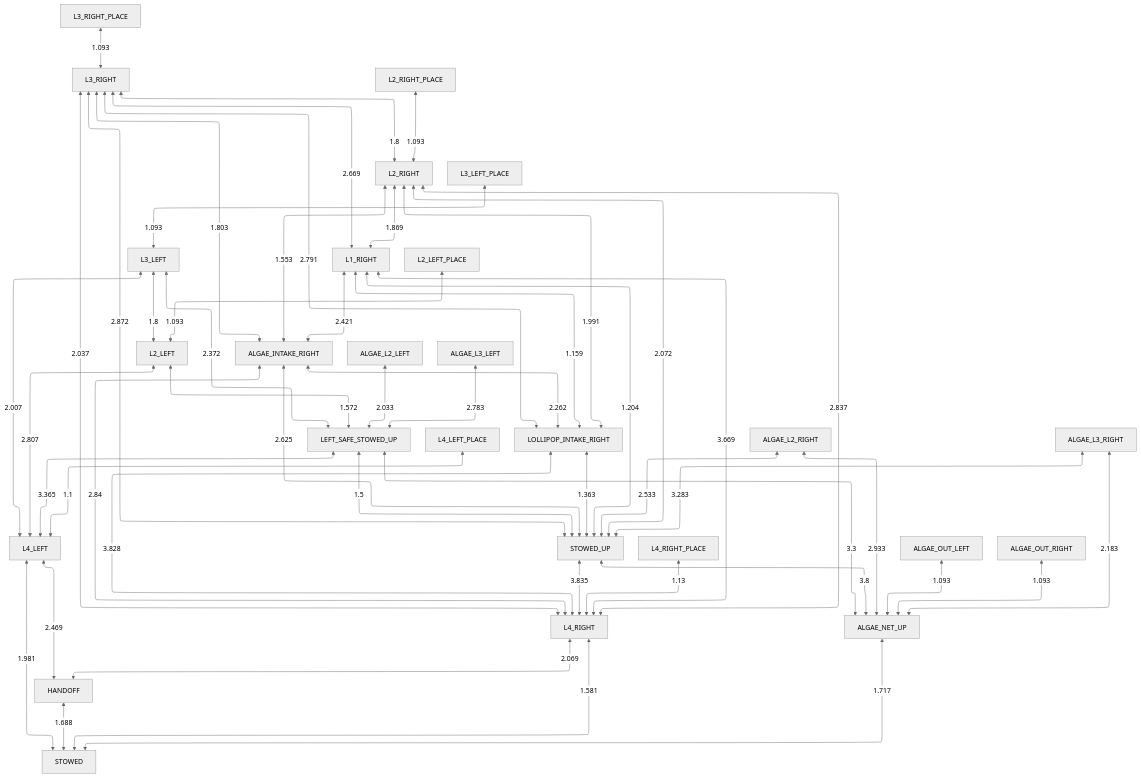
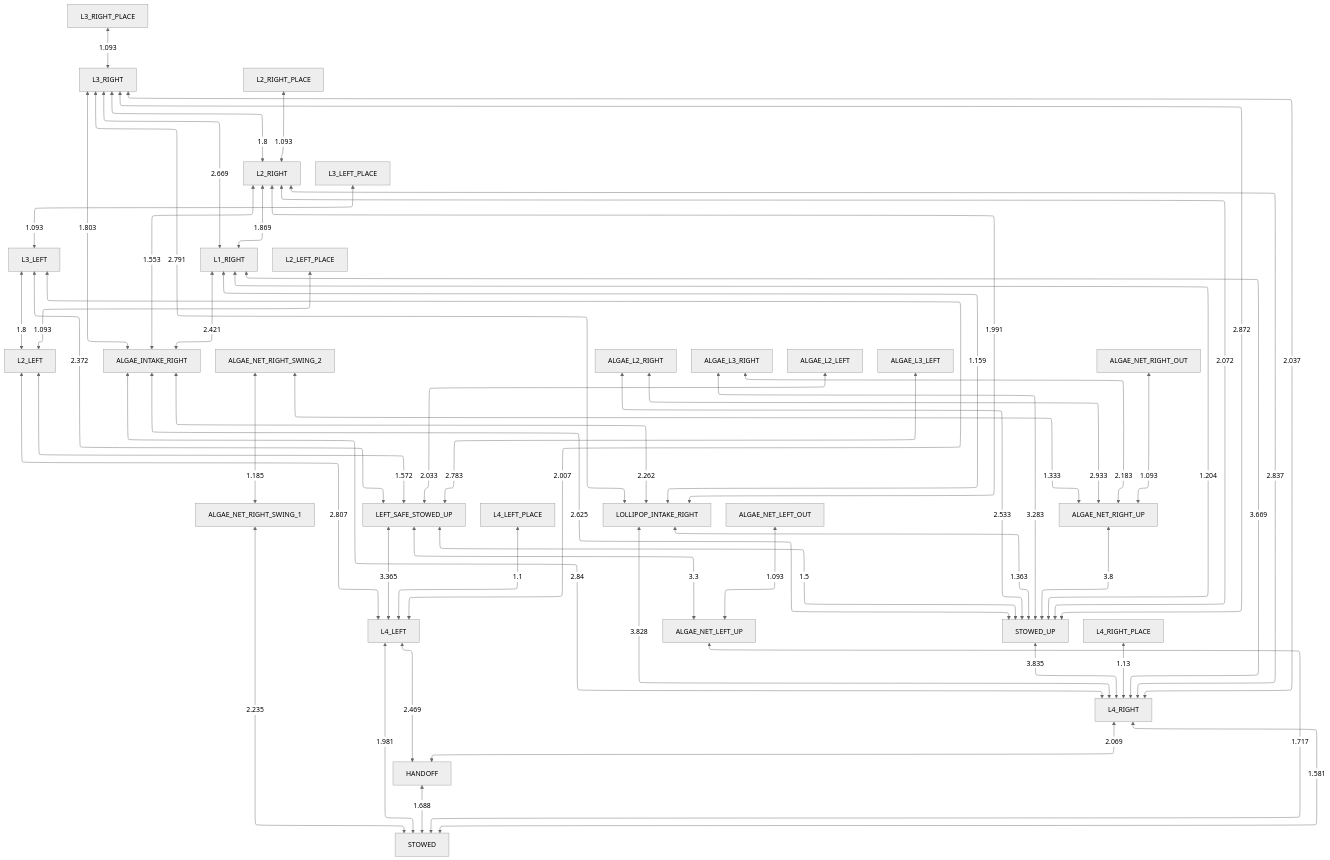
One commit to team581/2025-beta changed the diagram in docs/collision_avoidance/no_obstruction.md. Above: the diagram before and after it, drawn with Mermaid (neutral theme). The commit also changed 4 other files, not shown here.

````diff
--- a/docs/collision_avoidance/no_obstruction.md
+++ b/docs/collision_avoidance/no_obstruction.md
@@ -3,55 +3,58 @@
 ```mermaid
 %%{ init: { "flowchart": { "defaultRenderer": "elk" } } }%%
 graph TD
 
 HANDOFF <-- 1.688 --> STOWED
 L4_LEFT <-- 1.981 --> STOWED
 L4_RIGHT <-- 1.581 --> STOWED
-ALGAE_NET_UP <-- 1.717 --> STOWED
+ALGAE_NET_LEFT_UP <-- 1.717 --> STOWED
+ALGAE_NET_RIGHT_SWING_1 <-- 2.235 --> STOWED
 L4_LEFT <-- 2.469 --> HANDOFF
 L4_RIGHT <-- 2.069 --> HANDOFF
 LEFT_SAFE_STOWED_UP <-- 3.365 --> L4_LEFT
 L2_LEFT <-- 2.807 --> L4_LEFT
 L3_LEFT <-- 2.007 --> L4_LEFT
 L4_LEFT_PLACE <-- 1.1 --> L4_LEFT
 STOWED_UP <-- 3.835 --> L4_RIGHT
 ALGAE_INTAKE_RIGHT <-- 2.84 --> L4_RIGHT
 LOLLIPOP_INTAKE_RIGHT <-- 3.828 --> L4_RIGHT
 L1_RIGHT <-- 3.669 --> L4_RIGHT
 L2_RIGHT <-- 2.837 --> L4_RIGHT
 L3_RIGHT <-- 2.037 --> L4_RIGHT
 L4_RIGHT_PLACE <-- 1.13 --> L4_RIGHT
-LEFT_SAFE_STOWED_UP <-- 3.3 --> ALGAE_NET_UP
-STOWED_UP <-- 3.8 --> ALGAE_NET_UP
-ALGAE_OUT_LEFT <-- 1.093 --> ALGAE_NET_UP
-ALGAE_OUT_RIGHT <-- 1.093 --> ALGAE_NET_UP
-ALGAE_L2_RIGHT <-- 2.933 --> ALGAE_NET_UP
-ALGAE_L3_RIGHT <-- 2.183 --> ALGAE_NET_UP
+LEFT_SAFE_STOWED_UP <-- 3.3 --> ALGAE_NET_LEFT_UP
+ALGAE_NET_LEFT_OUT <-- 1.093 --> ALGAE_NET_LEFT_UP
+ALGAE_NET_RIGHT_SWING_2 <-- 1.185 --> ALGAE_NET_RIGHT_SWING_1
 LEFT_SAFE_STOWED_UP <-- 1.5 --> STOWED_UP
 LOLLIPOP_INTAKE_RIGHT <-- 1.363 --> STOWED_UP
 ALGAE_INTAKE_RIGHT <-- 2.625 --> STOWED_UP
 L1_RIGHT <-- 1.204 --> STOWED_UP
 L2_RIGHT <-- 2.072 --> STOWED_UP
 L3_RIGHT <-- 2.872 --> STOWED_UP
+ALGAE_NET_RIGHT_UP <-- 3.8 --> STOWED_UP
 ALGAE_L2_RIGHT <-- 2.533 --> STOWED_UP
 ALGAE_L3_RIGHT <-- 3.283 --> STOWED_UP
 L2_LEFT <-- 1.572 --> LEFT_SAFE_STOWED_UP
 L3_LEFT <-- 2.372 --> LEFT_SAFE_STOWED_UP
 ALGAE_L2_LEFT <-- 2.033 --> LEFT_SAFE_STOWED_UP
 ALGAE_L3_LEFT <-- 2.783 --> LEFT_SAFE_STOWED_UP
 ALGAE_INTAKE_RIGHT <-- 2.262 --> LOLLIPOP_INTAKE_RIGHT
 L1_RIGHT <-- 1.159 --> LOLLIPOP_INTAKE_RIGHT
 L2_RIGHT <-- 1.991 --> LOLLIPOP_INTAKE_RIGHT
 L3_RIGHT <-- 2.791 --> LOLLIPOP_INTAKE_RIGHT
 L1_RIGHT <-- 2.421 --> ALGAE_INTAKE_RIGHT
 L2_RIGHT <-- 1.553 --> ALGAE_INTAKE_RIGHT
 L3_RIGHT <-- 1.803 --> ALGAE_INTAKE_RIGHT
 L3_LEFT <-- 1.8 --> L2_LEFT
 L2_LEFT_PLACE <-- 1.093 --> L2_LEFT
 L3_LEFT_PLACE <-- 1.093 --> L3_LEFT
 L2_RIGHT <-- 1.869 --> L1_RIGHT
 L3_RIGHT <-- 2.669 --> L1_RIGHT
 L3_RIGHT <-- 1.8 --> L2_RIGHT
 L2_RIGHT_PLACE <-- 1.093 --> L2_RIGHT
 L3_RIGHT_PLACE <-- 1.093 --> L3_RIGHT
+ALGAE_NET_RIGHT_SWING_2 <-- 1.333 --> ALGAE_NET_RIGHT_UP
+ALGAE_NET_RIGHT_OUT <-- 1.093 --> ALGAE_NET_RIGHT_UP
+ALGAE_L2_RIGHT <-- 2.933 --> ALGAE_NET_RIGHT_UP
+ALGAE_L3_RIGHT <-- 2.183 --> ALGAE_NET_RIGHT_UP
 ```
````
